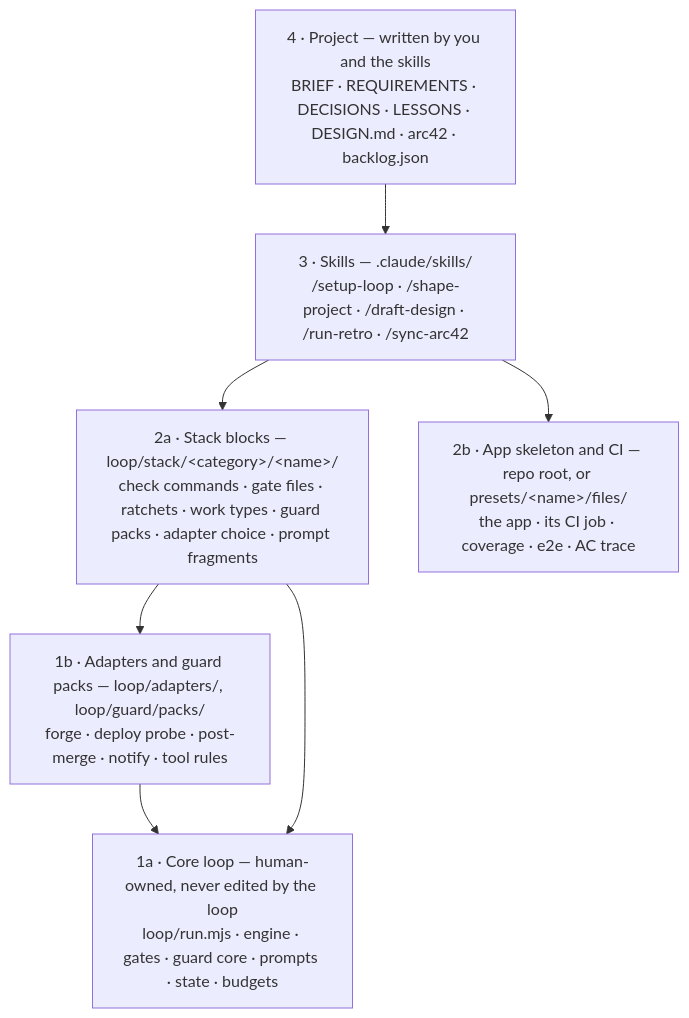
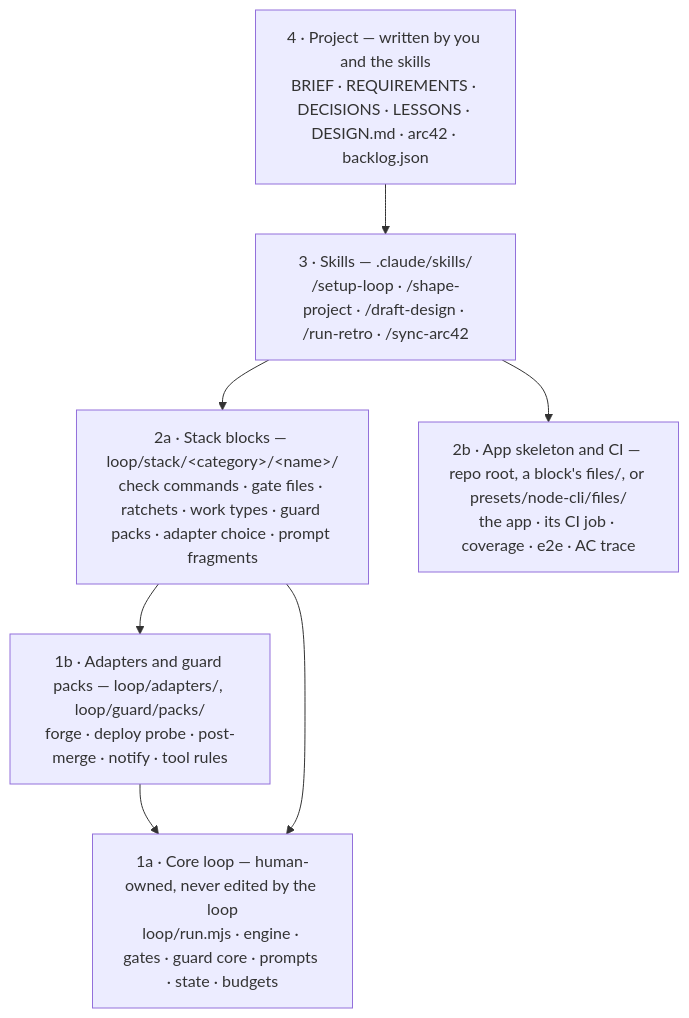
Before and after one commit to yungxramoz/real-gates: the second of 2 diagrams in README.md, drawn with Mermaid. The commit also changed other lines of this file and 22 other files, not shown here.

````diff
--- a/README.md
+++ b/README.md
@@ -102,12 +103,12 @@
 ```mermaid
 flowchart TB
   L4["4 · Project — written by you and the skills<br/>BRIEF · REQUIREMENTS · DECISIONS · LESSONS · DESIGN.md · arc42 · backlog.json"]
   L3["3 · Skills — .claude/skills/<br/>/setup-loop · /shape-project · /draft-design · /run-retro · /sync-arc42"]
   L2a["2a · Stack blocks — loop/stack/&lt;category&gt;/&lt;name&gt;/<br/>check commands · gate files · ratchets · work types · guard packs · adapter choice · prompt fragments"]
-  L2b["2b · App skeleton and CI — repo root, or presets/&lt;name&gt;/files/<br/>the app · its CI job · coverage · e2e · AC trace"]
+  L2b["2b · App skeleton and CI — repo root, a block's files/, or presets/node-cli/files/<br/>the app · its CI job · coverage · e2e · AC trace"]
   L1b["1b · Adapters and guard packs — loop/adapters/, loop/guard/packs/<br/>forge · deploy probe · post-merge · notify · tool rules"]
   L1["1a · Core loop — human-owned, never edited by the loop<br/>loop/run.mjs · engine · gates · guard core · prompts · state · budgets"]
   L4 --> L3 --> L2a --> L1b --> L1
   L3 --> L2b
   L2a --> L1
 ```
````
